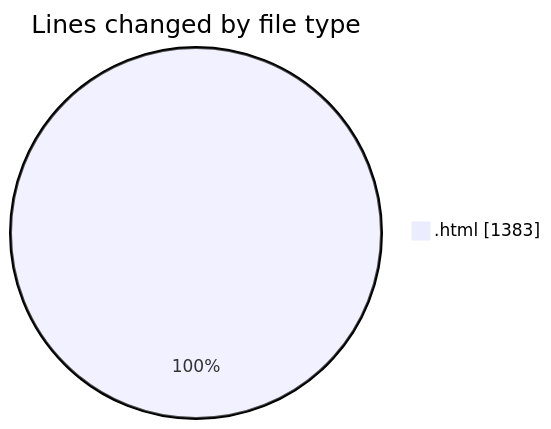
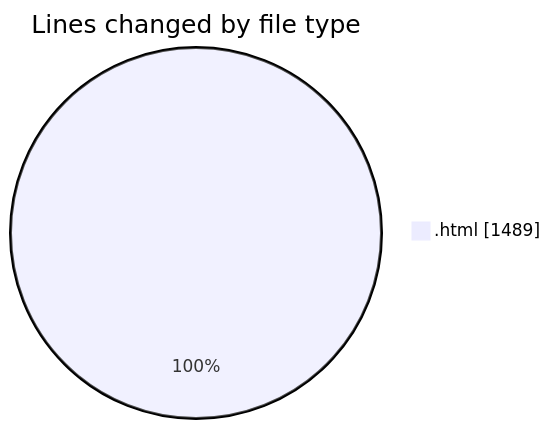
One commit to Ritupan-Deka/code-tracking changed the first of 2 diagrams in 2025-06-17/projects/README.md. Above: the diagram before and after it, drawn with Mermaid. The commit also changed other lines of this file and 1 other file, not shown here.

````diff
--- a/2025-06-17/projects/README.md
+++ b/2025-06-17/projects/README.md
@@ -20,5 +20,5 @@
 ```mermaid
 pie showData
 title Lines changed by file type
-".html" : 1383
+".html" : 1489
 ```
````
